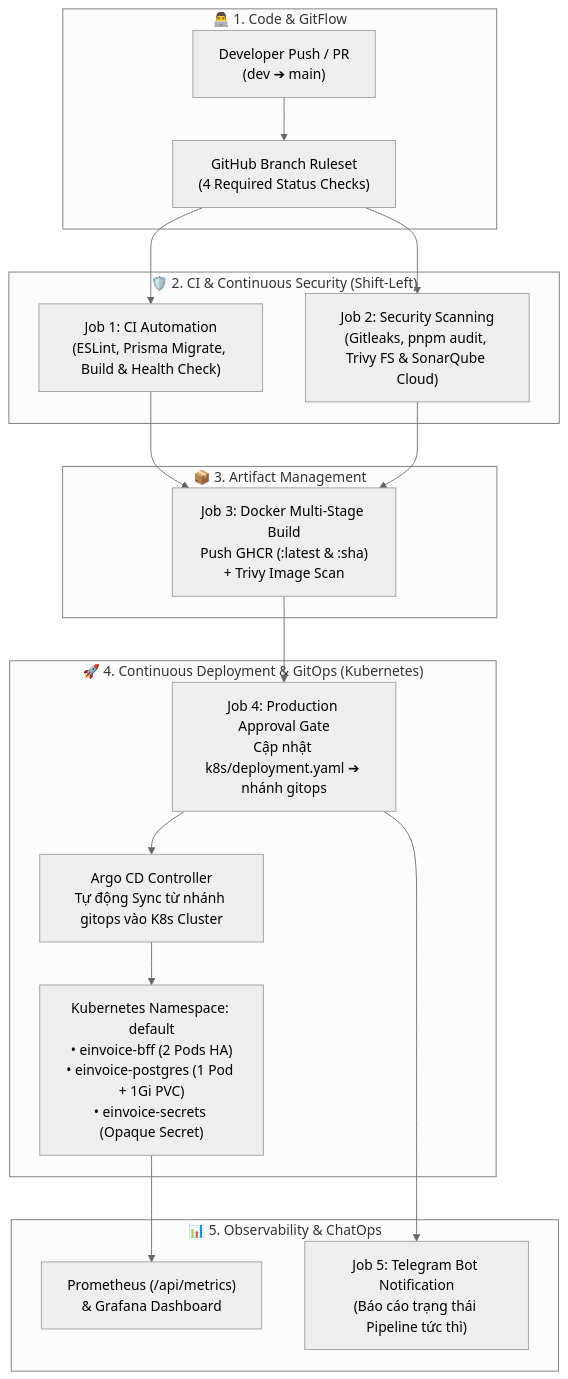
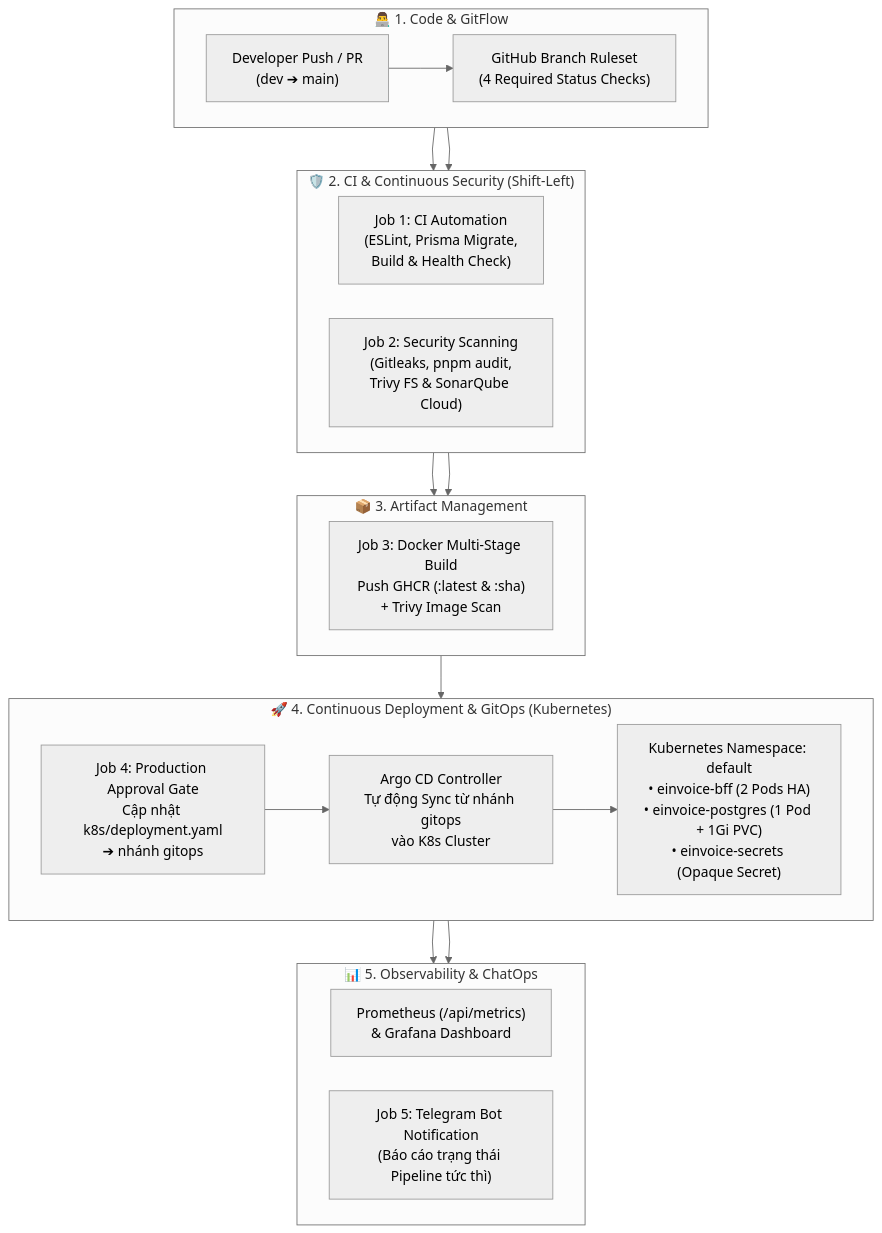
Before and after one commit to snowyy16/e-invoice: the diagram in README.md, drawn with Mermaid (neutral theme).

````diff
--- a/README.md
+++ b/README.md
@@ -16,26 +16,42 @@
 ```mermaid
+%%{init: {"flowchart": {"curve": "linear", "nodeSpacing": 40, "rankSpacing": 50}} }%%
 flowchart TB
     subgraph DEV["👨‍💻 1. Code & GitFlow"]
+        direction LR
         A["Developer Push / PR<br/>(dev ➔ main)"] --> B["GitHub Branch Ruleset<br/>(4 Required Status Checks)"]
     end
 
     subgraph CI_SEC["🛡️ 2. CI & Continuous Security (Shift-Left)"]
-        B --> C["Job 1: CI Automation<br/>(ESLint, Prisma Migrate, Build & Health Check)"]
-        B --> D["Job 2: Security Scanning<br/>(Gitleaks, pnpm audit, Trivy FS & SonarQube Cloud)"]
+        direction LR
+        C["Job 1: CI Automation<br/>(ESLint, Prisma Migrate,<br/>Build & Health Check)"]
+        D["Job 2: Security Scanning<br/>(Gitleaks, pnpm audit,<br/>Trivy FS & SonarQube Cloud)"]
     end
 
     subgraph ARTIFACT["📦 3. Artifact Management"]
-        C & D --> E["Job 3: Docker Multi-Stage Build<br/>Push GHCR (:latest & :sha)<br/>+ Trivy Image Scan"]
+        direction LR
+        E["Job 3: Docker Multi-Stage Build<br/>Push GHCR (:latest & :sha)<br/>+ Trivy Image Scan"]
     end
 
     subgraph CD_GITOPS["🚀 4. Continuous Deployment & GitOps (Kubernetes)"]
-        E --> F["Job 4: Production Approval Gate<br/>Cập nhật k8s/deployment.yaml ➔ nhánh gitops"]
-        F --> G["Argo CD Controller<br/>Tự động Sync từ nhánh gitops vào K8s Cluster"]
-        G --> H["Kubernetes Namespace: default<br/>• einvoice-bff (2 Pods HA)<br/>• einvoice-postgres (1 Pod + 1Gi PVC)<br/>• einvoice-secrets (Opaque Secret)"]
+        direction LR
+        F["Job 4: Production Approval Gate<br/>Cập nhật k8s/deployment.yaml<br/>➔ nhánh gitops"]
+        G["Argo CD Controller<br/>Tự động Sync từ nhánh gitops<br/>vào K8s Cluster"]
+        H["Kubernetes Namespace: default<br/>• einvoice-bff (2 Pods HA)<br/>• einvoice-postgres (1 Pod + 1Gi PVC)<br/>• einvoice-secrets (Opaque Secret)"]
+        F --> G --> H
     end
 
     subgraph OBS["📊 5. Observability & ChatOps"]
-        H --> I["Prometheus (/api/metrics)<br/>& Grafana Dashboard"]
-        F --> J["Job 5: Telegram Bot Notification<br/>(Báo cáo trạng thái Pipeline tức thì)"]
+        direction LR
+        I["Prometheus (/api/metrics)<br/>& Grafana Dashboard"]
+        J["Job 5: Telegram Bot Notification<br/>(Báo cáo trạng thái Pipeline tức thì)"]
     end
+
+    %% Luồng chính
+    B --> C
+    B --> D
+    C --> E
+    D --> E
+    E --> F
+    H --> I
+    F --> J
 ```
````
